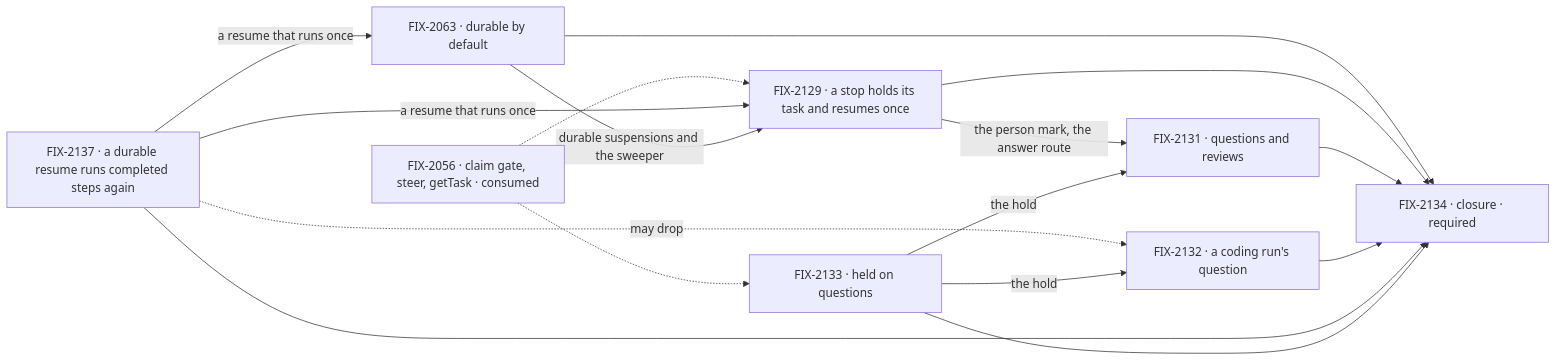
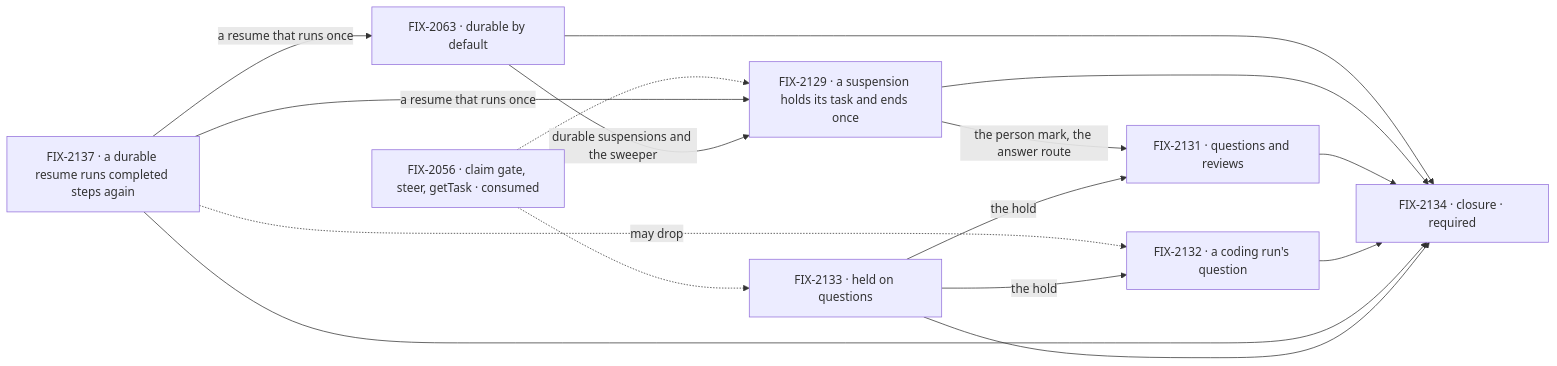
One commit to fixpoint-labs/flow-state-dev changed the second of 2 diagrams in specs/epics/FIX-2058/SPEC.md. Above: the diagram before and after it, drawn with Mermaid. The commit also changed other lines of this file and 4 other files, not shown here.

First line of the commit message:
spec(epic): FIX-2058 amendment — "resume" only for suspensions; a stop ends once

````diff
--- a/specs/epics/FIX-2058/SPEC.md
+++ b/specs/epics/FIX-2058/SPEC.md
@@ -108,18 +108,18 @@
 ```mermaid
 flowchart LR
   I["FIX-2056 · claim gate, steer, getTask · consumed"] -.-> B
   K["FIX-2137 · a durable resume runs completed steps again"] -->|"a resume that runs once"| A
   K -->|"a resume that runs once"| B
   K -.->|"may drop"| E
-  A["FIX-2063 · durable by default"] -->|"durable suspensions and the sweeper"| B["FIX-2129 · a stop holds its task and resumes once"]
+  A["FIX-2063 · durable by default"] -->|"durable suspensions and the sweeper"| B["FIX-2129 · a suspension holds its task and ends once"]
   B -->|"the person mark, the answer route"| D["FIX-2131 · questions and reviews"]
   I -.-> G["FIX-2133 · held on questions"]
   G -->|"the hold"| D
   G -->|"the hold"| E["FIX-2132 · a coding run's question"]
   A --> P["FIX-2134 · closure · required"]
   B --> P
   D --> P
   E --> P
   K --> P
   G --> P
 ```
````
